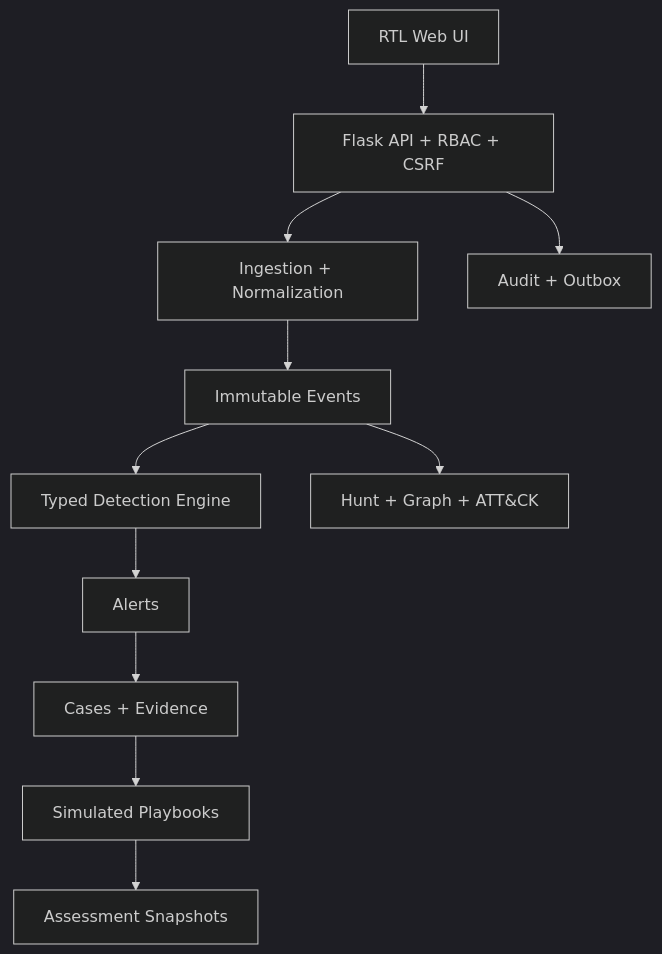
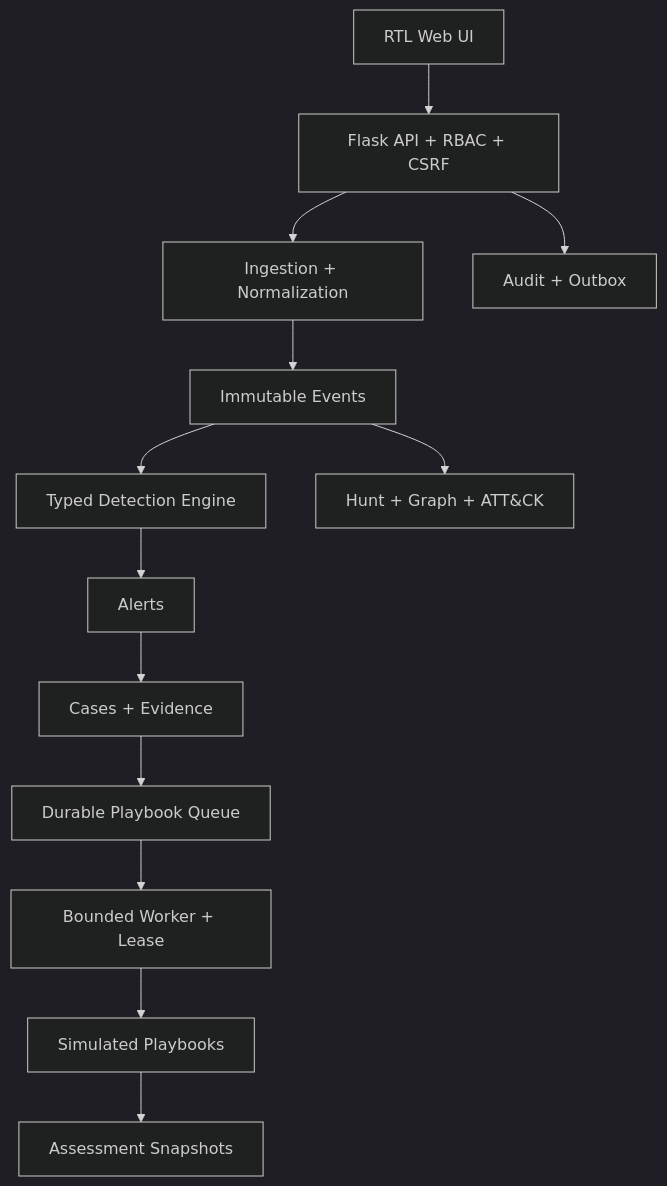
Before and after one commit to 7zy4/SOCifyProject: the diagram in docs/architecture.md, drawn with Mermaid (dark theme). The commit also changed other lines of this file and 18 other files, not shown here.

Commit message:
feat: run simulated responses on durable worker

````diff
--- a/docs/architecture.md
+++ b/docs/architecture.md
@@ -7,13 +7,15 @@
 ```mermaid
 flowchart TD
     UI["RTL Web UI"] --> API["Flask API + RBAC + CSRF"]
     API --> ING["Ingestion + Normalization"]
     ING --> EVT["Immutable Events"]
     EVT --> DET["Typed Detection Engine"]
     DET --> ALT["Alerts"]
     ALT --> CASE["Cases + Evidence"]
-    CASE --> SOAR["Simulated Playbooks"]
+    CASE --> QUEUE["Durable Playbook Queue"]
+    QUEUE --> WORKER["Bounded Worker + Lease"]
+    WORKER --> SOAR["Simulated Playbooks"]
     EVT --> VIEW["Hunt + Graph + ATT&CK"]
     SOAR --> SCORE["Assessment Snapshots"]
     API --> AUDIT["Audit + Outbox"]
 ```
````
